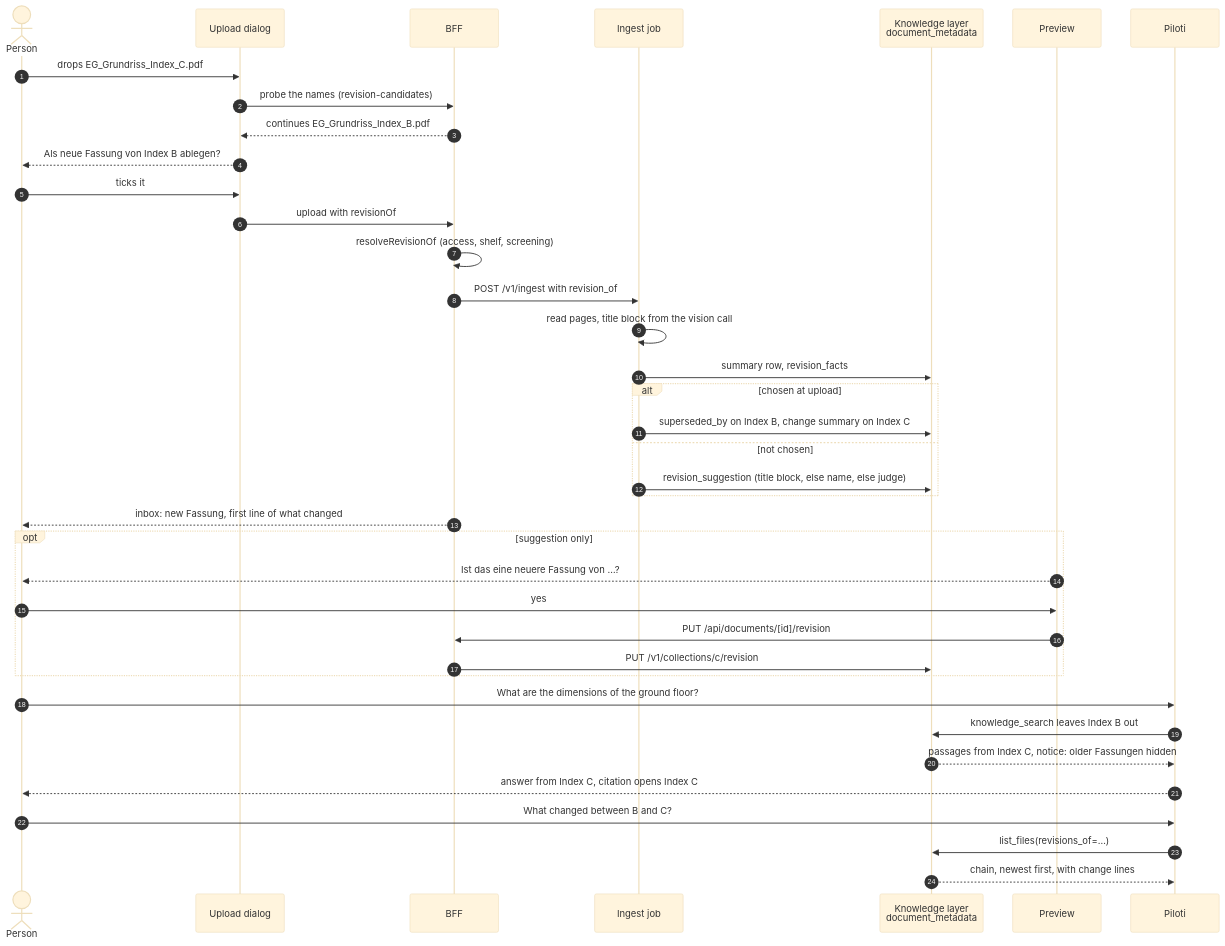
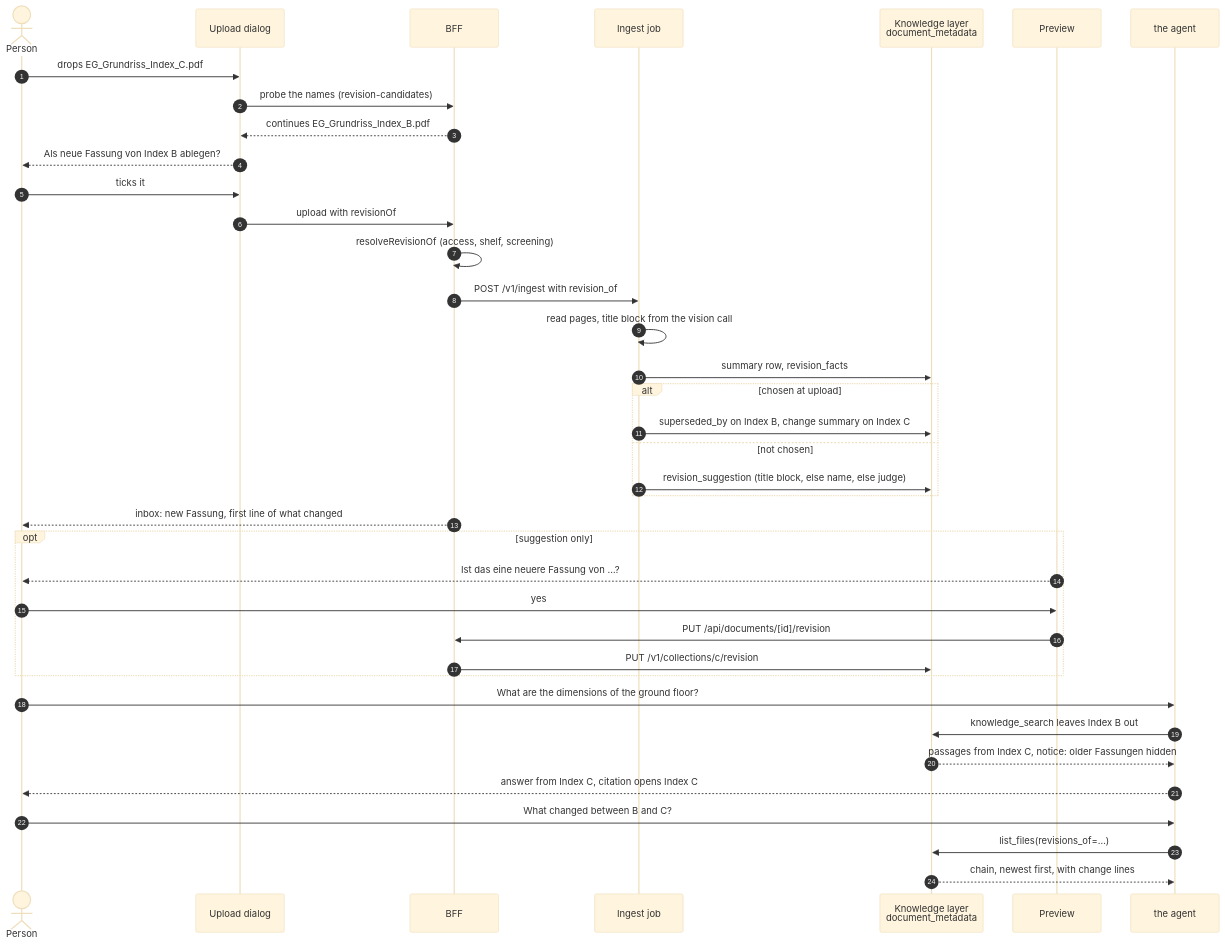
Before and after one commit to archos-at/archos: the diagram in docs/architecture/revisions.md, drawn with Mermaid (base theme). The commit also changed other lines of this file and 494 other files, not shown here.

````diff
--- a/docs/architecture/revisions.md
+++ b/docs/architecture/revisions.md
@@ -516,41 +516,41 @@
 ```mermaid
 sequenceDiagram
     autonumber
     actor P as Person
     participant UI as Upload dialog
     participant BFF as BFF
     participant IN as Ingest job
     participant KL as Knowledge layer<br/>document_metadata
     participant PV as Preview
-    participant AG as Piloti
+    participant AG as the agent
 
     P->>UI: drops EG_Grundriss_Index_C.pdf
     UI->>BFF: probe the names (revision-candidates)
     BFF-->>UI: continues EG_Grundriss_Index_B.pdf
     UI-->>P: Als neue Fassung von Index B ablegen?
     P->>UI: ticks it
     UI->>BFF: upload with revisionOf
     BFF->>BFF: resolveRevisionOf (access, shelf, screening)
     BFF->>IN: POST /v1/ingest with revision_of
     IN->>IN: read pages, title block from the vision call
     IN->>KL: summary row, revision_facts
     alt chosen at upload
         IN->>KL: superseded_by on Index B, change summary on Index C
     else not chosen
         IN->>KL: revision_suggestion (title block, else name, else judge)
     end
     BFF-->>P: inbox: new Fassung, first line of what changed
     opt suggestion only
         PV-->>P: Ist das eine neuere Fassung von …?
         P->>PV: yes
         PV->>BFF: PUT /api/documents/[id]/revision
         BFF->>KL: PUT /v1/collections/c/revision
     end
     P->>AG: What are the dimensions of the ground floor?
     AG->>KL: knowledge_search leaves Index B out
     KL-->>AG: passages from Index C, notice: older Fassungen hidden
     AG-->>P: answer from Index C, citation opens Index C
     P->>AG: What changed between B and C?
     AG->>KL: list_files(revisions_of=…)
     KL-->>AG: chain, newest first, with change lines
 ```
````
